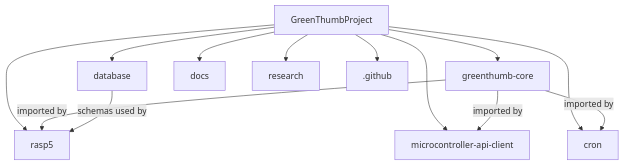
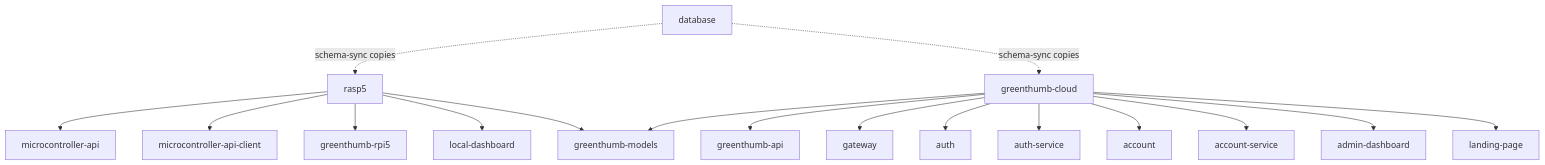
One commit to GreenThumbProject/docs changed the diagram in docs/architecture/repositories.md. Above: the diagram before and after it, drawn with Mermaid. The commit also changed other lines of this file and 36 other files, not shown here.

````diff
--- a/docs/architecture/repositories.md
+++ b/docs/architecture/repositories.md
@@ -7,27 +7,26 @@
 ```mermaid
 graph TB
-    ORG[GreenThumbProject]
-    
-    CORE[greenthumb-core]
     RASP5[rasp5]
-    CLIENT[microcontroller-api-client]
+    CLOUD[greenthumb-cloud]
+    MODELS[greenthumb-models]
     DB[database]
-    CRON[cron]
-    DOCS[docs]
-    RESEARCH[research]
-    GITHUB[.github]
-    
-    ORG --> CORE
-    ORG --> RASP5
-    ORG --> CLIENT
-    ORG --> DB
-    ORG --> CRON
-    ORG --> DOCS
-    ORG --> RESEARCH
-    ORG --> GITHUB
-    
-    CORE -->|imported by| RASP5
-    CORE -->|imported by| CLIENT
-    CORE -->|imported by| CRON
-    DB -->|schemas used by| RASP5
+
+    RASP5 --> API[microcontroller-api]
+    RASP5 --> CLIENT[microcontroller-api-client]
+    RASP5 --> RPI5[greenthumb-rpi5]
+    RASP5 --> LDASH[local-dashboard]
+    RASP5 --> MODELS
+
+    CLOUD --> GAPI[greenthumb-api]
+    CLOUD --> GW[gateway]
+    CLOUD --> AUTH[auth]
+    CLOUD --> AUTHS[auth-service]
+    CLOUD --> ACC[account]
+    CLOUD --> ACCS[account-service]
+    CLOUD --> ADM[admin-dashboard]
+    CLOUD --> LAND[landing-page]
+    CLOUD --> MODELS
+
+    DB -.->|"schema-sync copies"| RASP5
+    DB -.->|"schema-sync copies"| CLOUD
 ```
````
